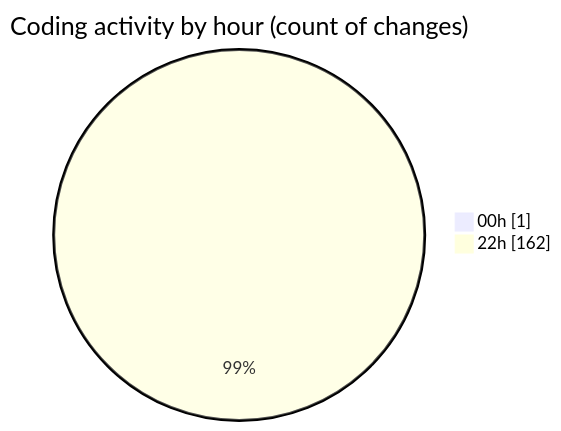
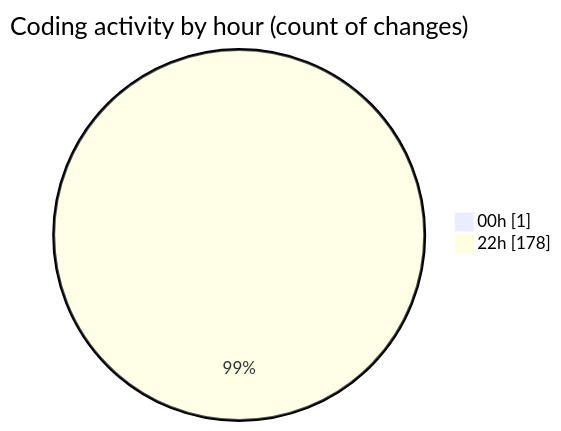
The second of 2 diagrams in 2025-08-04/javascript/README.md (Ritupan-Deka/code-tracking), drawn with Mermaid before and after one commit. The commit also changed other lines of this file and 1 other file, not shown here.

````diff
--- a/2025-08-04/javascript/README.md
+++ b/2025-08-04/javascript/README.md
@@ -29,6 +29,6 @@
 ```mermaid
 pie showData
 title Coding activity by hour (count of changes)
 "00h" : 1
-"22h" : 162
+"22h" : 178
 ```
````
